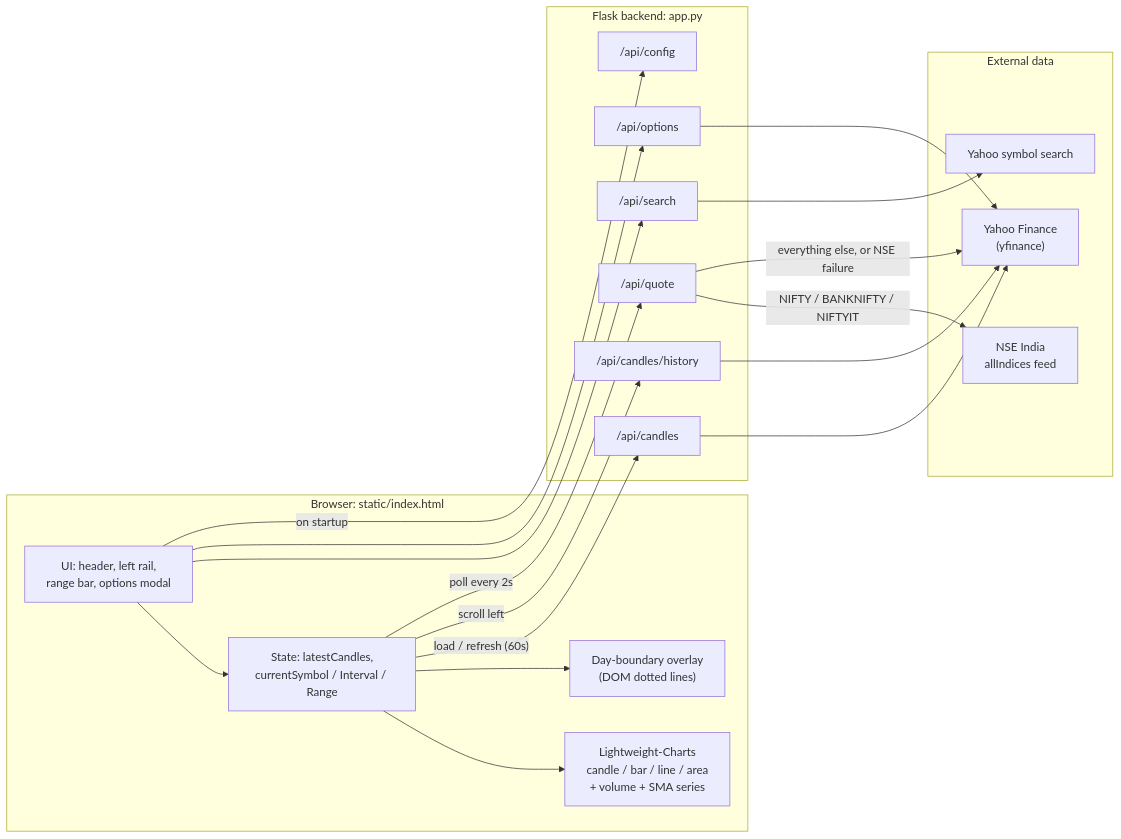
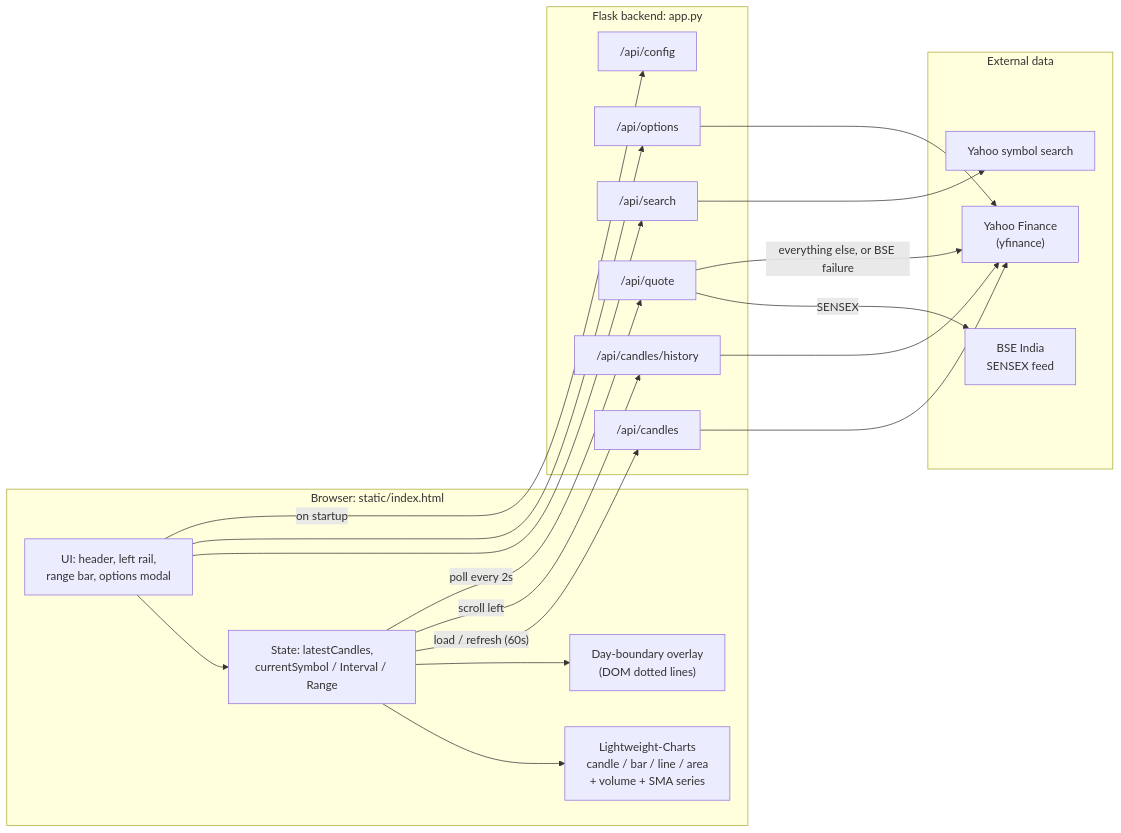
The first of 5 diagrams in README.md (prathamkul007-max/trading-view-self-host), drawn with Mermaid before and after one commit. The commit also changed other lines of this file and 8 other files, not shown here.

````diff
--- a/README.md
+++ b/README.md
@@ -34,40 +89,40 @@
 ```mermaid
 flowchart LR
     subgraph Browser["Browser: static/index.html"]
         UI["UI: header, left rail,<br/>range bar, options modal"]
         State["State: latestCandles,<br/>currentSymbol / Interval / Range"]
         Chart["Lightweight-Charts<br/>candle / bar / line / area<br/>+ volume + SMA series"]
         Overlay["Day-boundary overlay<br/>(DOM dotted lines)"]
         UI --> State --> Chart
         State --> Overlay
     end
 
     subgraph Flask["Flask backend: app.py"]
         Cfg["/api/config"]
         Cnd["/api/candles"]
         Hist["/api/candles/history"]
         Qt["/api/quote"]
         Srch["/api/search"]
         Opt["/api/options"]
     end
 
     subgraph External["External data"]
         YF["Yahoo Finance<br/>(yfinance)"]
-        NSE["NSE India<br/>allIndices feed"]
+        BSE["BSE India<br/>SENSEX feed"]
         YS["Yahoo symbol search"]
     end
 
     State -- "load / refresh (60s)" --> Cnd
     State -- "scroll left" --> Hist
     State -- "poll every 2s" --> Qt
     UI --> Srch
     UI --> Opt
     UI -- "on startup" --> Cfg
 
     Cnd --> YF
     Hist --> YF
     Opt --> YF
-    Qt -- "NIFTY / BANKNIFTY / NIFTYIT" --> NSE
-    Qt -- "everything else, or NSE failure" --> YF
+    Qt -- "SENSEX" --> BSE
+    Qt -- "everything else, or BSE failure" --> YF
     Srch --> YS
 ```
````
